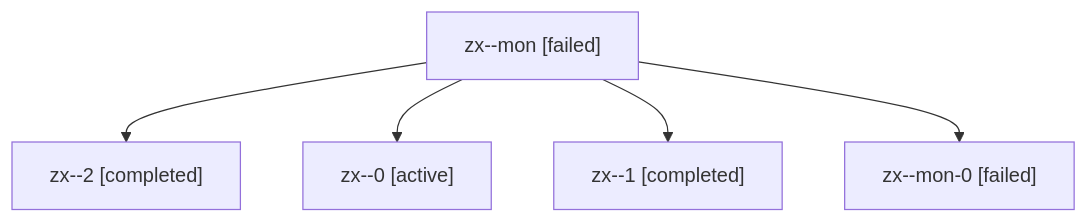
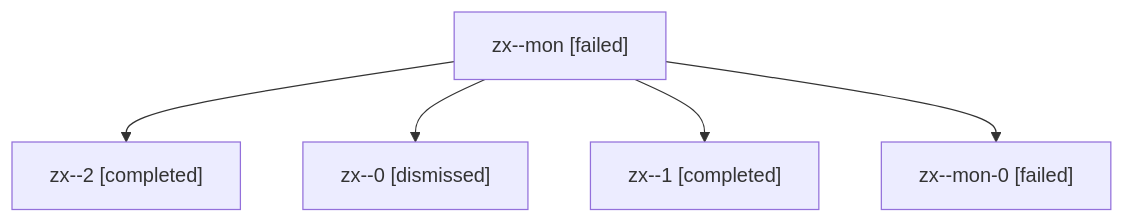
One commit to sase-org/sase--agents changed the diagram in sessions/bbugyi200.athena.zx.md. Above: the diagram before and after it, drawn with Mermaid. The commit also changed other lines of this file and 17 other files, not shown here.

````diff
--- a/sessions/bbugyi200.athena.zx.md
+++ b/sessions/bbugyi200.athena.zx.md
@@ -9,12 +9,12 @@
 ```mermaid
 flowchart TD
   n0["zx--mon [failed]"]
   n1["zx--2 [completed]"]
   n0 --> n1
-  n2["zx--0 [active]"]
+  n2["zx--0 [dismissed]"]
   n0 --> n2
   n3["zx--1 [completed]"]
   n0 --> n3
   n4["zx--mon-0 [failed]"]
   n0 --> n4
 ```
````
